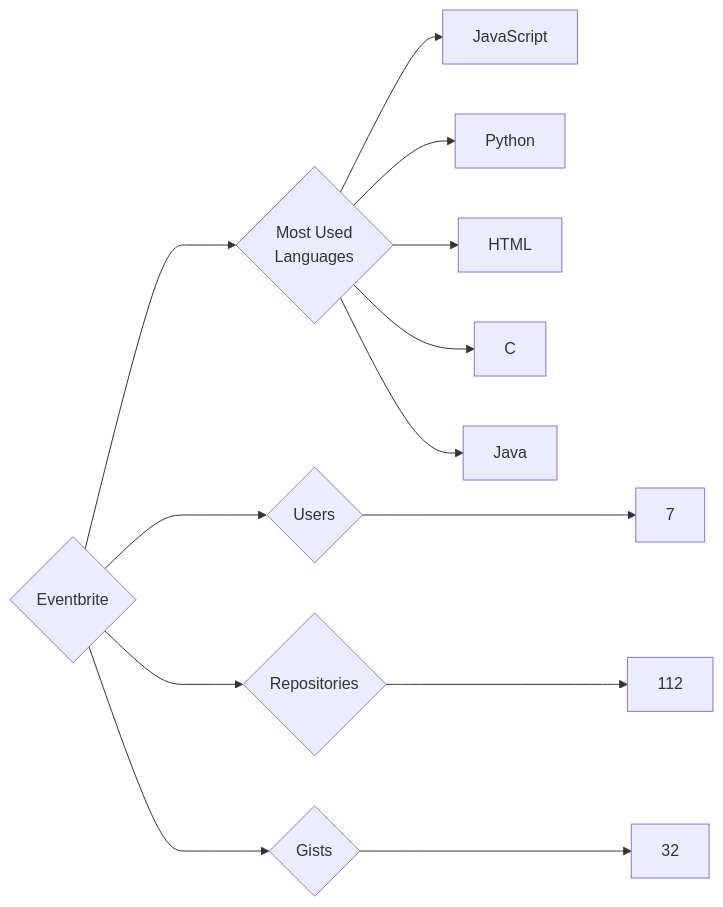
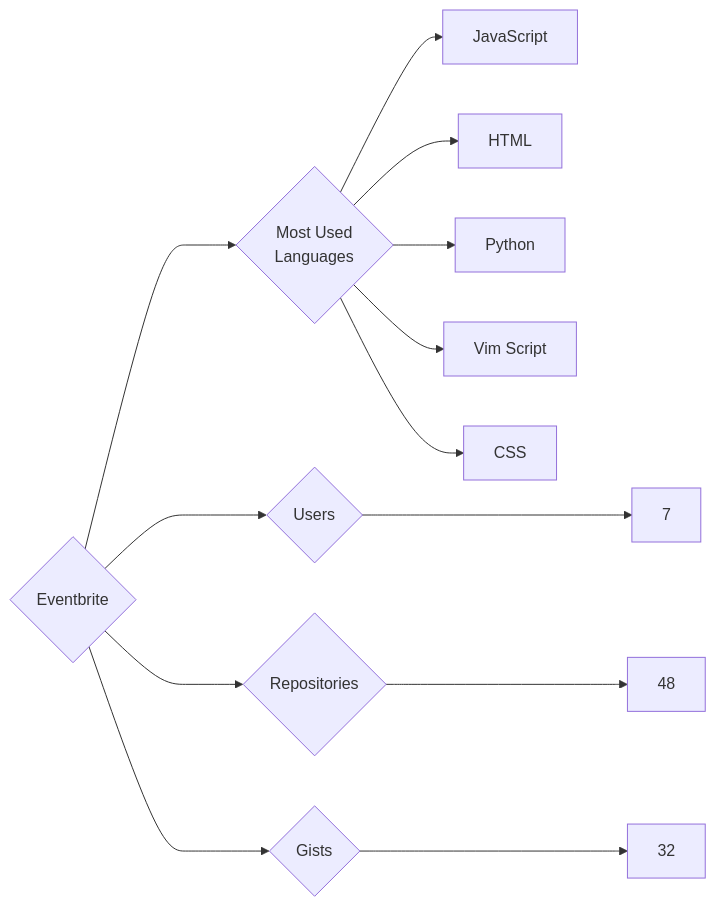
One commit to trickest/insiders changed the diagram in targets/Eventbrite/README.md. Above: the diagram before and after it, drawn with Mermaid. The commit also changed 1020 other files, not shown here.

````diff
--- a/targets/Eventbrite/README.md
+++ b/targets/Eventbrite/README.md
@@ -3,13 +3,13 @@
 ```mermaid
 graph LR
 COMPANY_NAME{Eventbrite}
 COMPANY_NAME ---> U{Users} ---> UN[7]
-COMPANY_NAME ---> R{Repositories} ---> RN[112]
+COMPANY_NAME ---> R{Repositories} ---> RN[48]
 COMPANY_NAME ---> G{Gists} ---> GN[32]
 COMPANY_NAME ---> ML{Most Used<br>Languages}
 ML --> JavaScript[JavaScript]
+ML --> HTML[HTML]
 ML --> Python[Python]
-ML --> HTML[HTML]
-ML --> C[C]
-ML --> Java[Java]
+ML --> Vim_Script[Vim Script]
+ML --> CSS[CSS]
 ```
````
